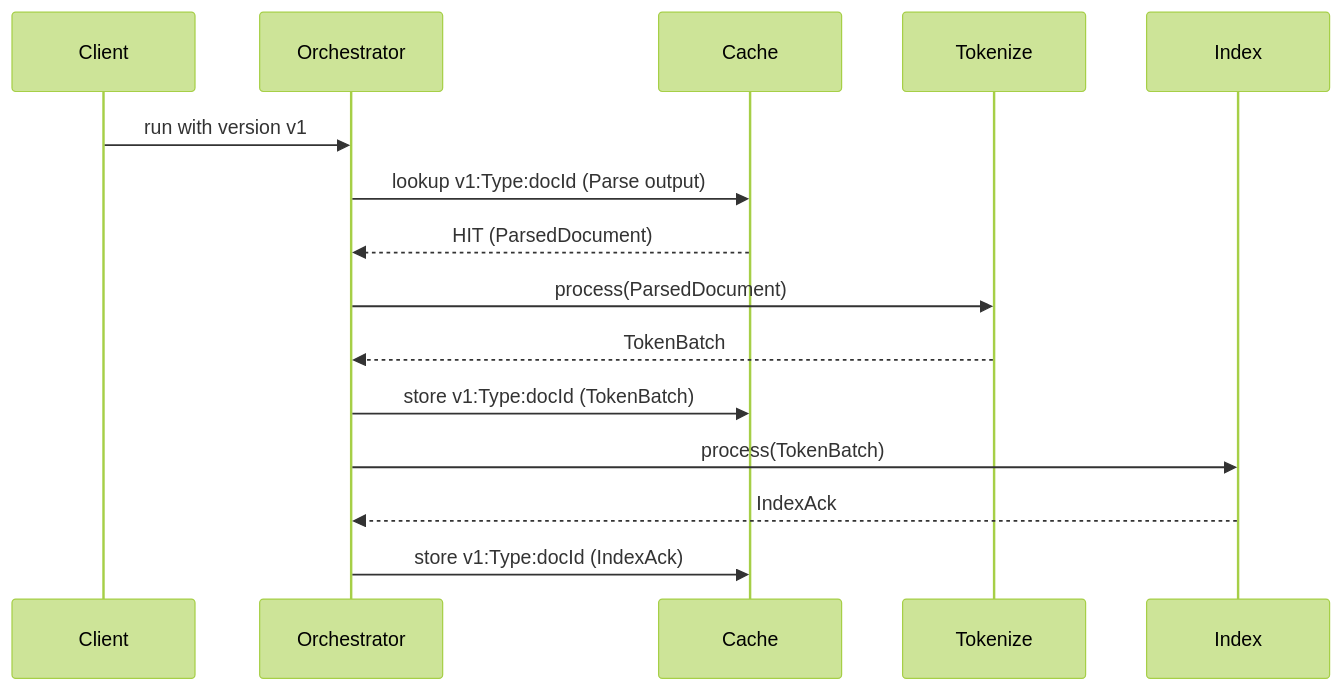
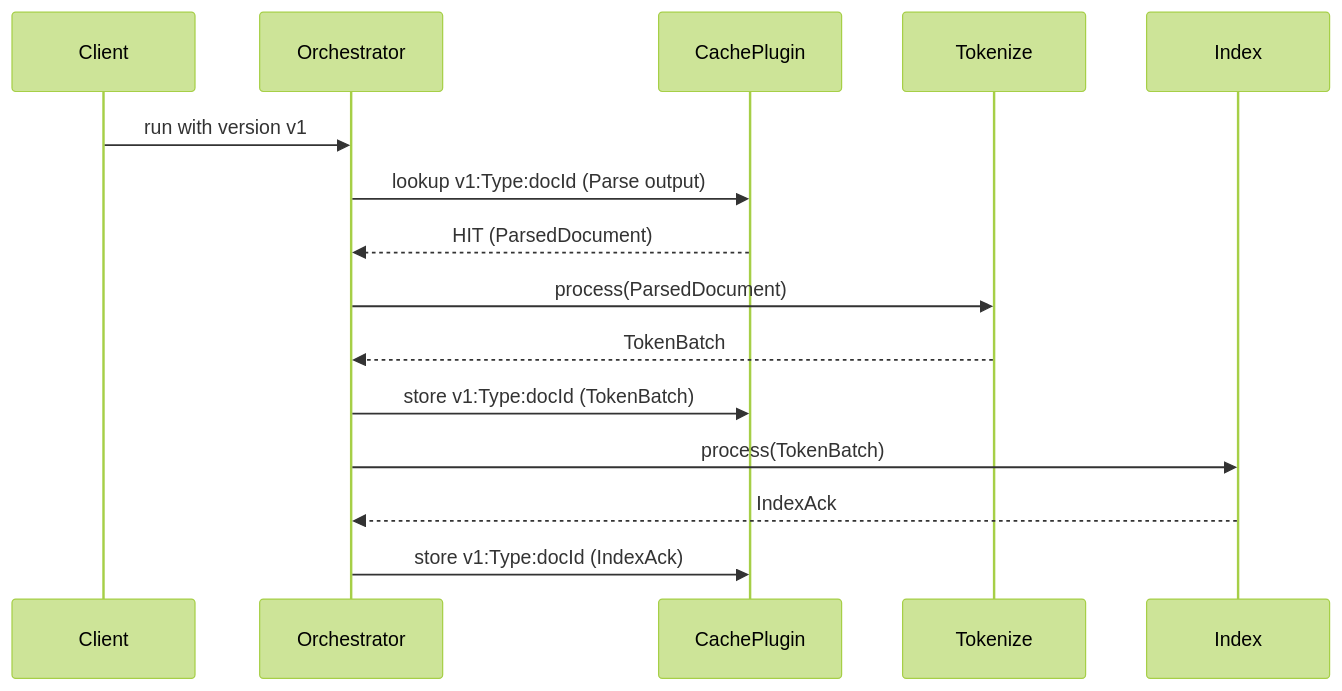
Before and after one commit to The-Pipeline-Framework/pipelineframework: the second of 3 diagrams in docs/guide/plugins/caching/replay-walkthrough.md, drawn with Mermaid (forest theme). The commit also changed other lines of this file and 44 other files, not shown here.

````diff
--- a/docs/guide/plugins/caching/replay-walkthrough.md
+++ b/docs/guide/plugins/caching/replay-walkthrough.md
@@ -72,18 +77,18 @@
 ```mermaid
 sequenceDiagram
   participant Client
   participant Orchestrator
-  participant Cache
+  participant CachePlugin
   participant Tokenize
   participant Index
 
   Client->>Orchestrator: run with version v1
-  Orchestrator->>Cache: lookup v1:Type:docId (Parse output)
-  Cache-->>Orchestrator: HIT (ParsedDocument)
+  Orchestrator->>CachePlugin: lookup v1:Type:docId (Parse output)
+  CachePlugin-->>Orchestrator: HIT (ParsedDocument)
   Orchestrator->>Tokenize: process(ParsedDocument)
   Tokenize-->>Orchestrator: TokenBatch
-  Orchestrator->>Cache: store v1:Type:docId (TokenBatch)
+  Orchestrator->>CachePlugin: store v1:Type:docId (TokenBatch)
   Orchestrator->>Index: process(TokenBatch)
   Index-->>Orchestrator: IndexAck
-  Orchestrator->>Cache: store v1:Type:docId (IndexAck)
+  Orchestrator->>CachePlugin: store v1:Type:docId (IndexAck)
 ```
````
